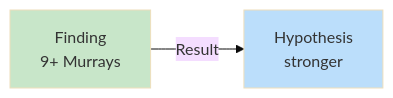
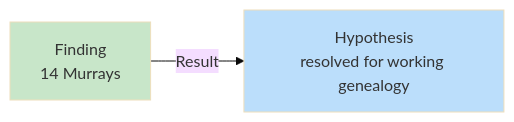
One commit to zcopley/copley-family-research changed the fourth of 10 diagrams in MERMAID_DIAGRAM_GUIDE.md. Above: the diagram before and after it, drawn with Mermaid (base theme). The commit also changed other lines of this file and 15 other files, not shown here.

Commit message:
Resolve RQ-M5 and add Gatton branch chart

````diff
--- a/MERMAID_DIAGRAM_GUIDE.md
+++ b/MERMAID_DIAGRAM_GUIDE.md
@@ -144,7 +144,7 @@
 ```mermaid
 graph LR
-    A["Finding<br/>9+ Murrays"] --> |Result| B["Hypothesis<br/>stronger"]
+    A["Finding<br/>14 Murrays"] --> |Result| B["Hypothesis<br/>resolved for working genealogy"]
     
     style A fill:#c8e6c9
     style B fill:#bbdefb
 ```
````
